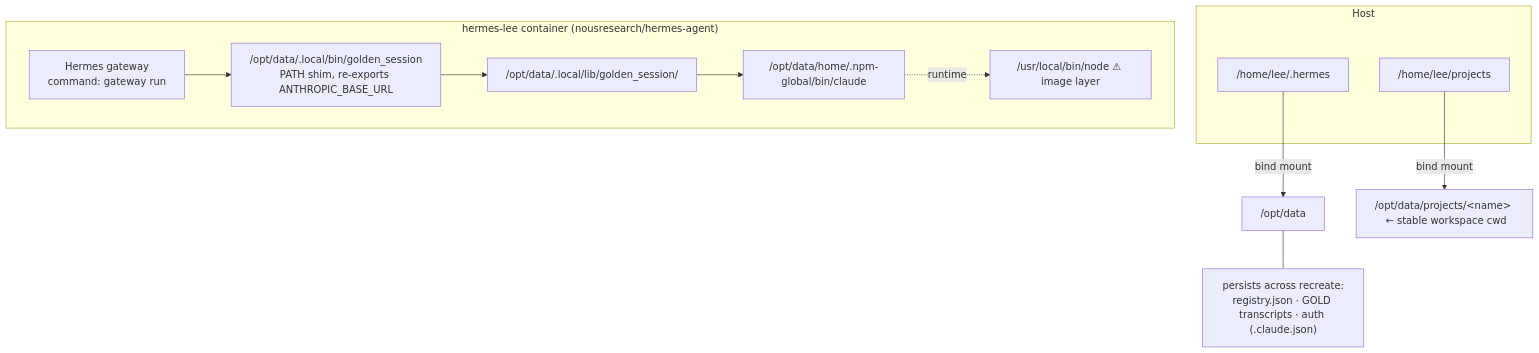
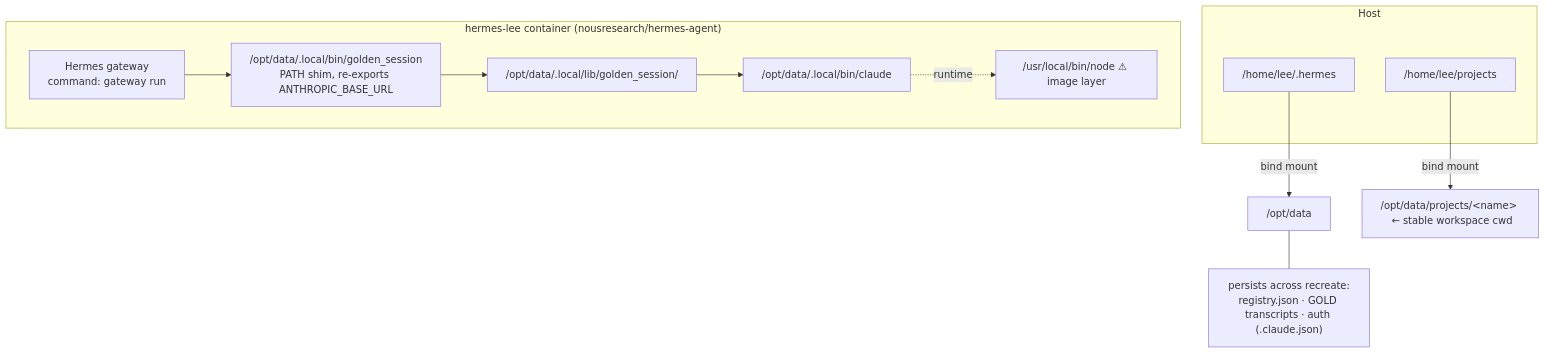
One commit to lee-liao/sub-agents-on-hermes changed the fifth of 6 diagrams in docs/prd/00-project-overview.md. Above: the diagram before and after it, drawn with Mermaid. The commit also changed 4 other files, not shown here.

````diff
--- a/docs/prd/00-project-overview.md
+++ b/docs/prd/00-project-overview.md
@@ -235,19 +235,19 @@
 ```mermaid
 flowchart TB
     subgraph host["Host"]
         HH["/home/lee/.hermes"]
         HP["/home/lee/projects"]
     end
     subgraph container["hermes-lee container (nousresearch/hermes-agent)"]
         HERMES["Hermes gateway<br/>command: gateway run"]
         SHIM["/opt/data/.local/bin/golden_session<br/>PATH shim, re-exports ANTHROPIC_BASE_URL"]
         LIB["/opt/data/.local/lib/golden_session/"]
-        CLAUDEB["/opt/data/home/.npm-global/bin/claude"]
+        CLAUDEB["/opt/data/.local/bin/claude"]
         NODE["/usr/local/bin/node ⚠ image layer"]
     end
     HH -->|bind mount| CONT["/opt/data"]
     HP -->|bind mount| PROJ["/opt/data/projects/&lt;name&gt;  ← stable workspace cwd"]
     HERMES --> SHIM --> LIB --> CLAUDEB
     CLAUDEB -.->|runtime| NODE
     CONT --- STATE["persists across recreate:<br/>registry.json · GOLD transcripts · auth (.claude.json)"]
 ```
````
